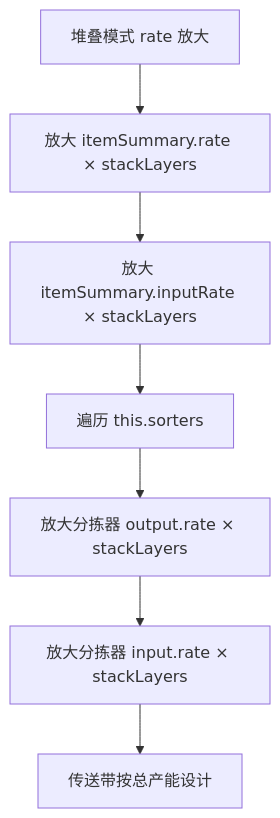
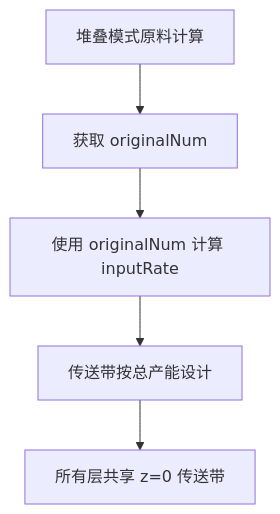
One commit to 793383996/DSQ changed the ninth of 15 diagrams in localDocs/蓝图堆叠模块详细说明.md. Above: the diagram before and after it, drawn with Mermaid. The commit also changed other lines of this file and 9 other files, not shown here.

First line of the commit message:
docs: 添加本地文档说明蓝图、data模块和整体架构

````diff
--- a/localDocs/蓝图堆叠模块详细说明.md
+++ b/localDocs/蓝图堆叠模块详细说明.md
@@ -1055,9 +1057,7 @@
 ```mermaid
 flowchart TD
-    A["堆叠模式 rate 放大"] --> B["放大 itemSummary.rate × stackLayers"]
-    B --> C["放大 itemSummary.inputRate × stackLayers"]
-    C --> D["遍历 this.sorters"]
-    D --> E["放大分拣器 output.rate × stackLayers"]
-    E --> F["放大分拣器 input.rate × stackLayers"]
-    F --> G["传送带按总产能设计"]
+    A["堆叠模式原料计算"] --> B["获取 originalNum"]
+    B --> C["使用 originalNum 计算 inputRate"]
+    C --> D["传送带按总产能设计"]
+    D --> E["所有层共享 z=0 传送带"]
 ```
````
